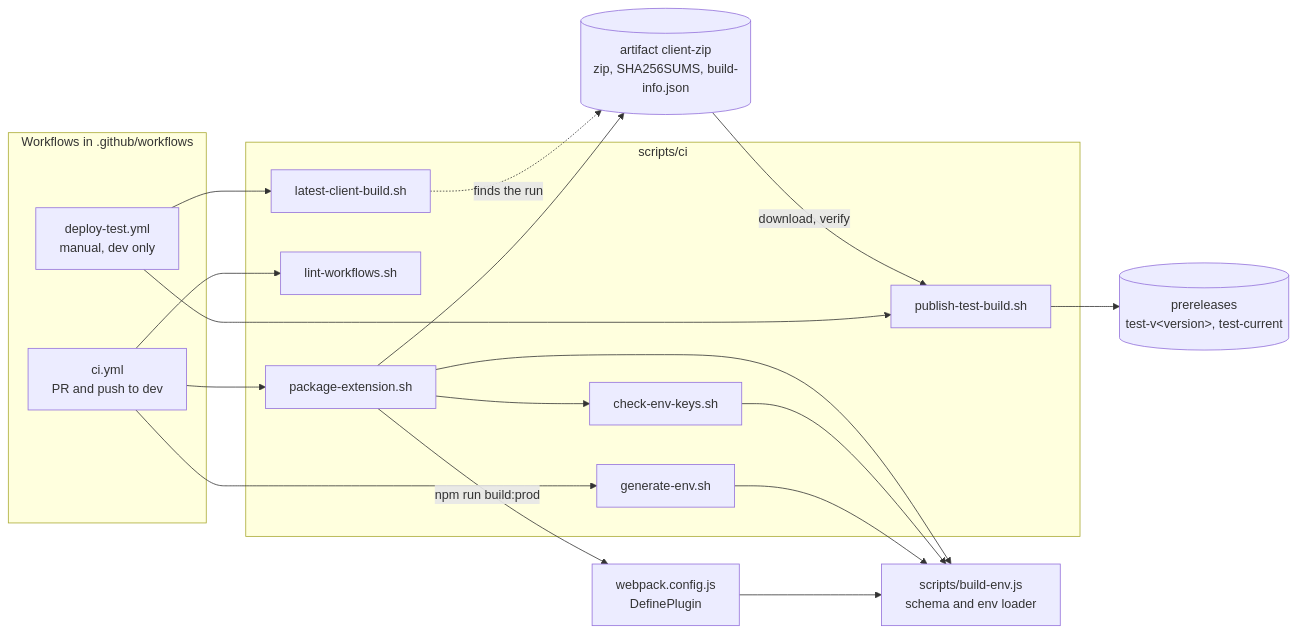
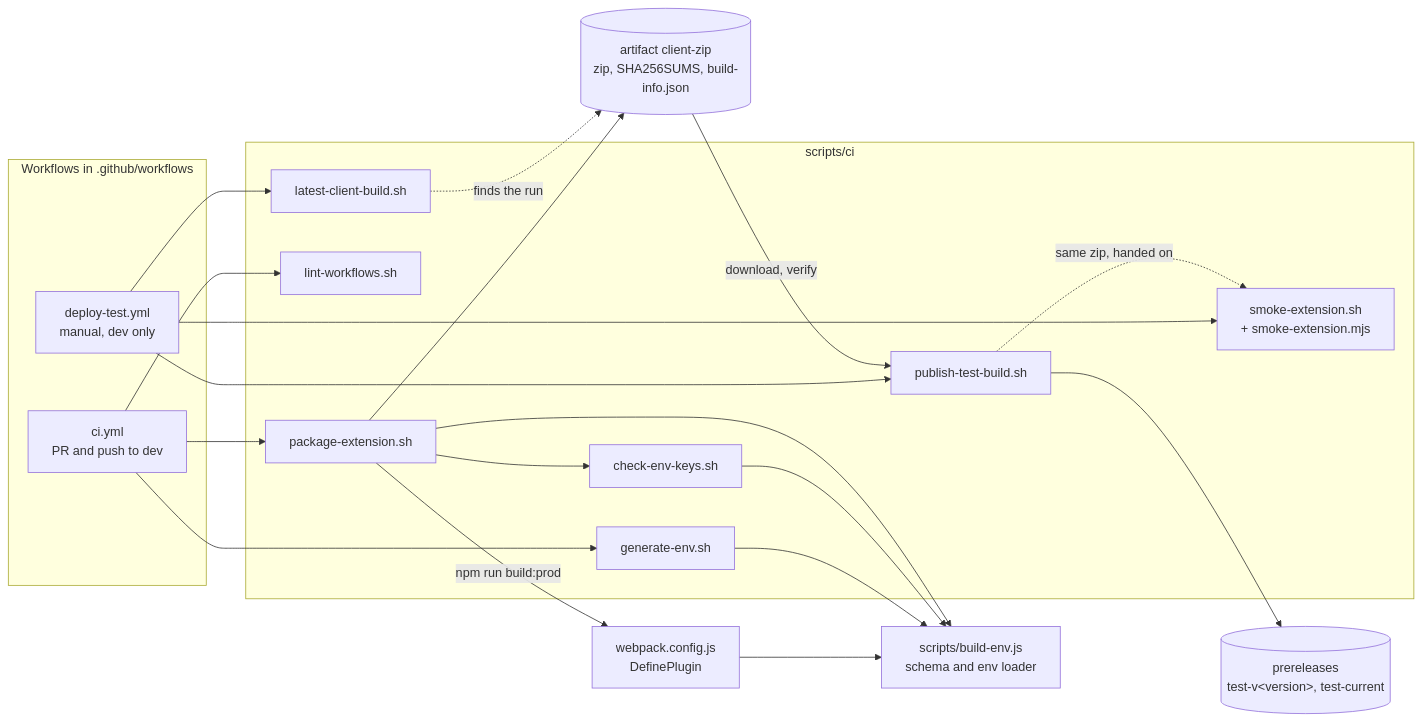
Before and after one commit to Digital-Assistant/Digital_Assistant_Client: the diagram in scripts/ci/README.md, drawn with Mermaid. The commit also changed other lines of this file and 8 other files, not shown here.

````diff
--- a/scripts/ci/README.md
+++ b/scripts/ci/README.md
@@ -6,26 +6,28 @@
 ```mermaid
 flowchart LR
     subgraph WF["Workflows in .github/workflows"]
         CI["ci.yml<br/>PR and push to dev"]
         DT["deploy-test.yml<br/>manual, dev only"]
     end
     subgraph SC["scripts/ci"]
         GE["generate-env.sh"]
         PE["package-extension.sh"]
         CK["check-env-keys.sh"]
         LW["lint-workflows.sh"]
         LB["latest-client-build.sh"]
         PT["publish-test-build.sh"]
+        SM["smoke-extension.sh<br/>+ smoke-extension.mjs"]
     end
     BE["scripts/build-env.js<br/>schema and env loader"]
     WP["webpack.config.js<br/>DefinePlugin"]
     CI --> GE & PE & LW
     PE --> CK
     PE -- "npm run build:prod" --> WP
     GE & CK & PE & WP --> BE
     PE --> ART[("artifact client-zip<br/>zip, SHA256SUMS, build-info.json")]
-    DT --> LB & PT
+    DT --> LB & PT & SM
     LB -. "finds the run" .-> ART
     ART -- "download, verify" --> PT
+    PT -. "same zip, handed on" .-> SM
     PT --> REL[("prereleases<br/>test-v&lt;version&gt;, test-current")]
 ```
````
